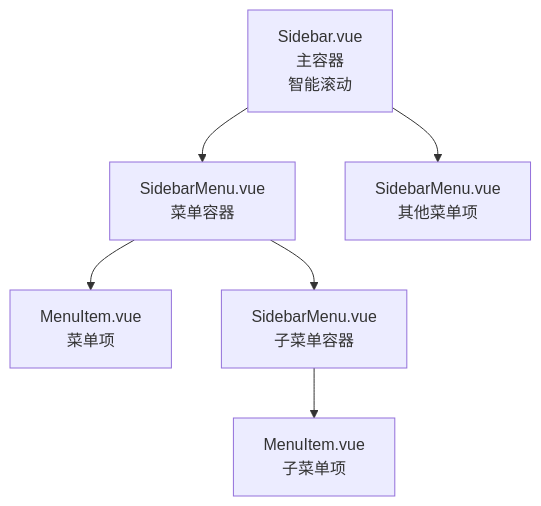
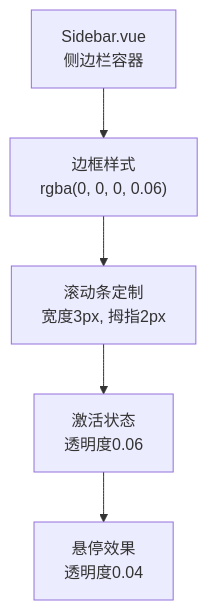
One commit to terwer/siyuan-plugin-blog changed the ninth of 15 diagrams in .qoder/repowiki/zh/content/核心功能/UI 组件系统/UI 组件系统.md. Above: the diagram before and after it, drawn with Mermaid. The commit also changed other lines of this file and 3 other files, not shown here.

````diff
--- a/.qoder/repowiki/zh/content/核心功能/UI 组件系统/UI 组件系统.md
+++ b/.qoder/repowiki/zh/content/核心功能/UI 组件系统/UI 组件系统.md
@@ -631,8 +665,7 @@
 ```mermaid
-graph TB
-S["Sidebar.vue<br/>主容器<br/>智能滚动"] --> SM["SidebarMenu.vue<br/>菜单容器"]
-SM --> MI["MenuItem.vue<br/>菜单项"]
-SM --> SM2["SidebarMenu.vue<br/>子菜单容器"]
-SM2 --> MI2["MenuItem.vue<br/>子菜单项"]
-S --> SM3["SidebarMenu.vue<br/>其他菜单项"]
+flowchart TD
+A["Sidebar.vue<br/>侧边栏容器"] --> B["边框样式<br/>rgba(0, 0, 0, 0.06)"]
+B --> C["滚动条定制<br/>宽度3px, 拇指2px"]
+C --> D["激活状态<br/>透明度0.06"]
+D --> E["悬停效果<br/>透明度0.04"]
 ```
````
